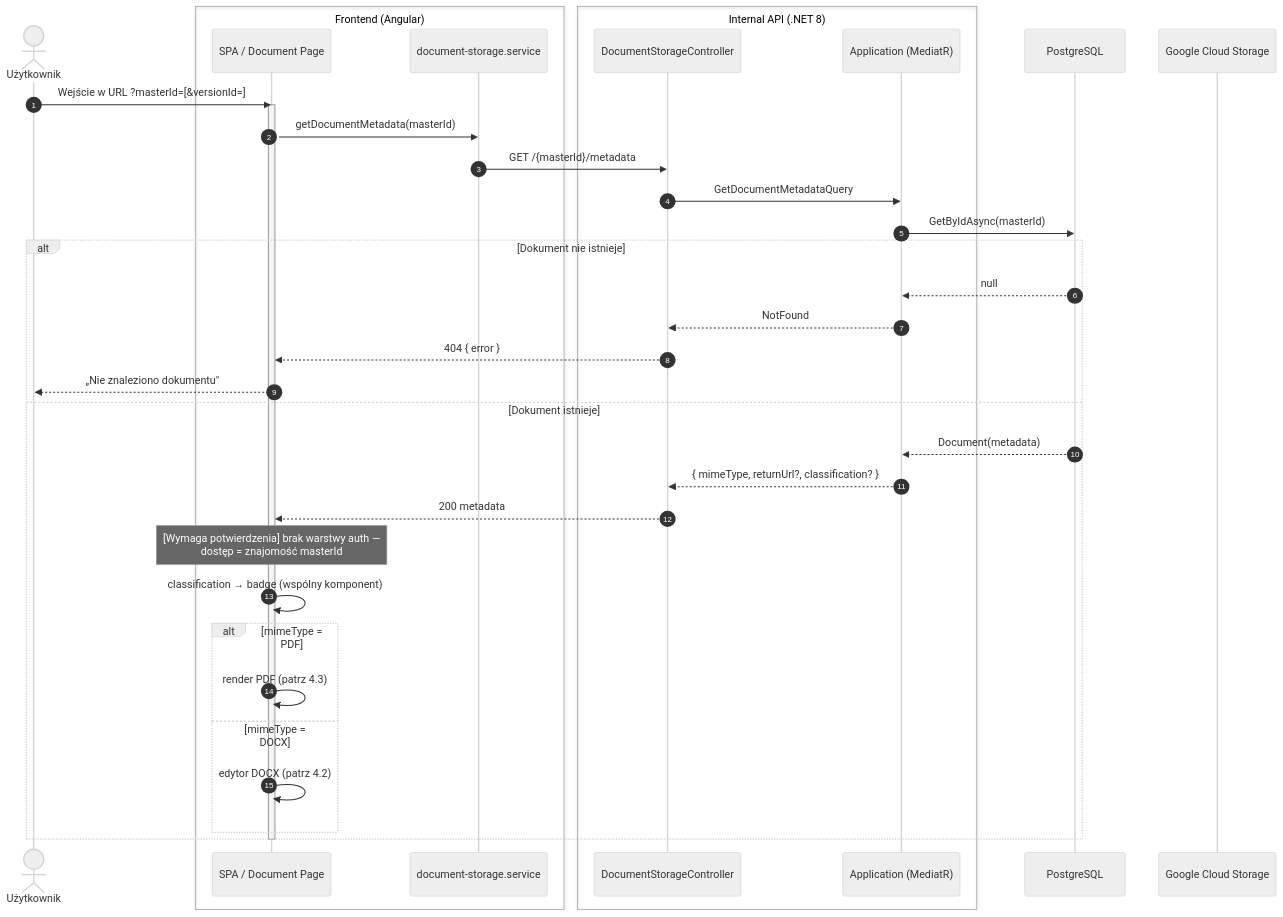
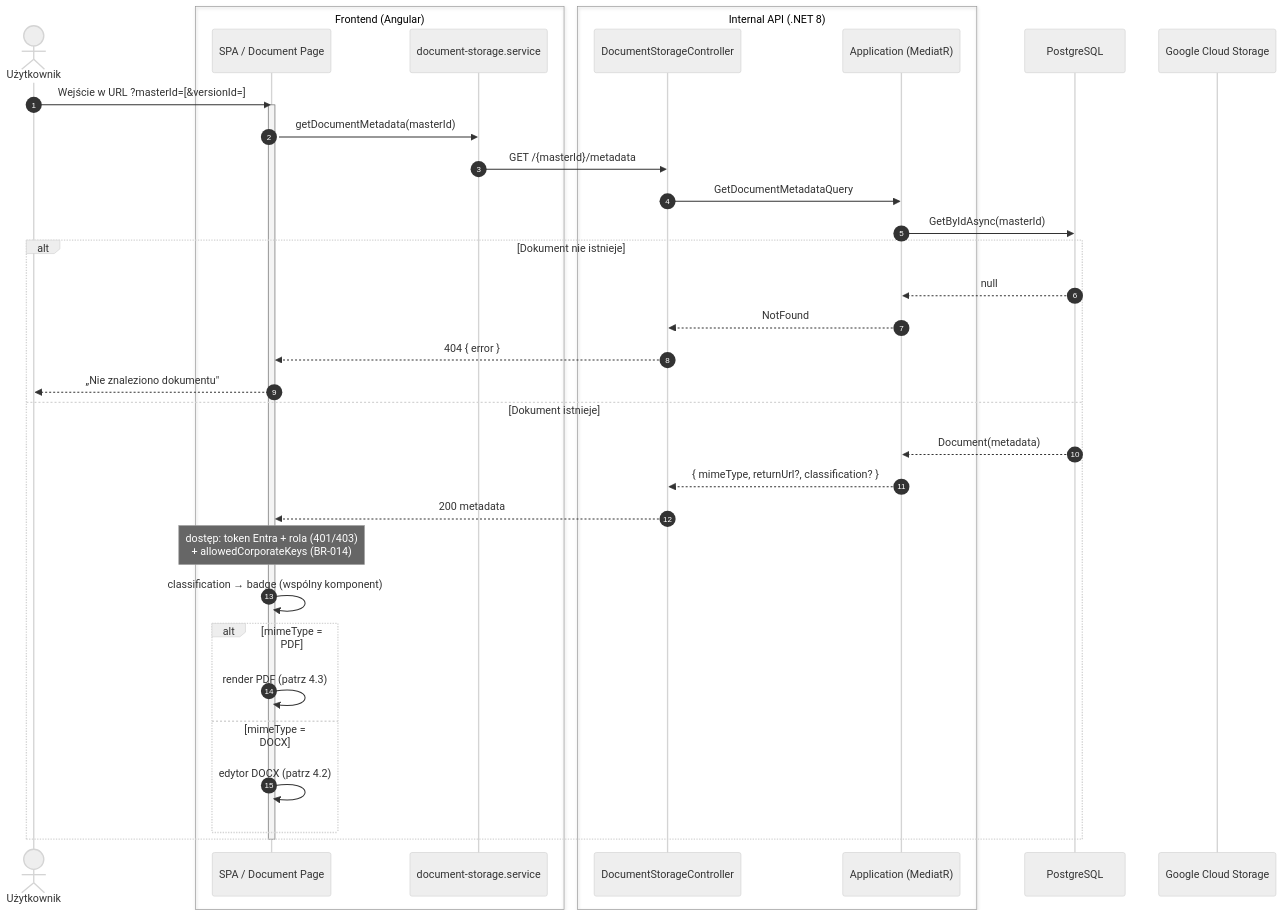
One commit to rybkakrzy/importer changed the first of 4 diagrams in .ai/sequence-document-lifecycle.md. Above: the diagram before and after it, drawn with Mermaid (neutral theme). The commit also changed other lines of this file and 56 other files, not shown here.

````diff
--- a/.ai/sequence-document-lifecycle.md
+++ b/.ai/sequence-document-lifecycle.md
@@ -42,40 +42,40 @@
 ```mermaid
 sequenceDiagram
     autonumber
     actor U as Użytkownik
     box Frontend (Angular)
         participant GUI as SPA / Document Page
         participant SVC as document-storage.service
     end
     box Internal API (.NET 8)
         participant API as DocumentStorageController
         participant APP as Application (MediatR)
     end
     participant DB as PostgreSQL
     participant GCS as Google Cloud Storage
 
     U->>GUI: Wejście w URL ?masterId=[&versionId=]
     activate GUI
     GUI->>SVC: getDocumentMetadata(masterId)
     SVC->>API: GET /{masterId}/metadata
     API->>APP: GetDocumentMetadataQuery
     APP->>DB: GetByIdAsync(masterId)
     alt Dokument nie istnieje
         DB-->>APP: null
         APP-->>API: NotFound
         API-->>GUI: 404 { error }
         GUI-->>U: „Nie znaleziono dokumentu"
     else Dokument istnieje
         DB-->>APP: Document(metadata)
         APP-->>API: { mimeType, returnUrl?, classification? }
         API-->>GUI: 200 metadata
-        Note over GUI: [Wymaga potwierdzenia] brak warstwy auth —<br/>dostęp = znajomość masterId
+        Note over GUI: dostęp: token Entra + rola (401/403)<br/>+ allowedCorporateKeys (BR-014)
         GUI->>GUI: classification → badge (wspólny komponent)
         alt mimeType = PDF
             GUI->>GUI: render PDF (patrz 4.3)
         else mimeType = DOCX
             GUI->>GUI: edytor DOCX (patrz 4.2)
         end
     end
     deactivate GUI
 ```
````
